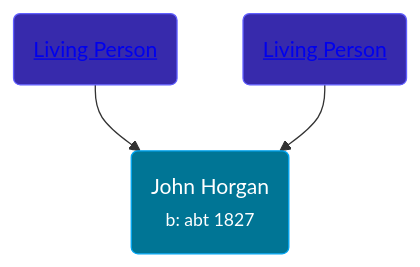
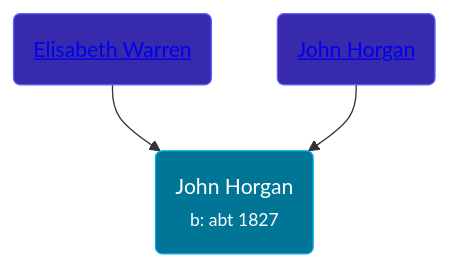
The diagram in pages/people/5/54161773.md (wpmgotkh/wpmgotkh.github.io), drawn with Mermaid before and after one commit. The commit also changed other lines of this file and 586 other files, not shown here.

Commit message:
feat: better shouldConsiderPersonLiving algo

````diff
--- a/pages/people/5/54161773.md
+++ b/pages/people/5/54161773.md
@@ -10,9 +10,9 @@
 ```mermaid
 graph
 classDef grands fill:#193cb8,stroke:#2b7fff,stroke-width:1px,color:#fff;
 classDef parents fill:#372aac,stroke:#615fff,stroke-width:1px,color:#fff;
 classDef primary fill:#007595,stroke:#00a6f4,stroke-width:1px,color:#fff;
 54161773(John Horgan<br /><small>b: abt 1827</small>):::primary
-68775768(<a class="text-white" href="/people/6/68775768">Living Person</a>):::parents-->54161773
-42410084(<a class="text-white" href="/people/4/42410084">Living Person</a>):::parents-->54161773
+68775768(<a class="text-white" href="/people/6/68775768">Elisabeth Warren</a>):::parents-->54161773
+42410084(<a class="text-white" href="/people/4/42410084">John Horgan</a>):::parents-->54161773
 ```
````
